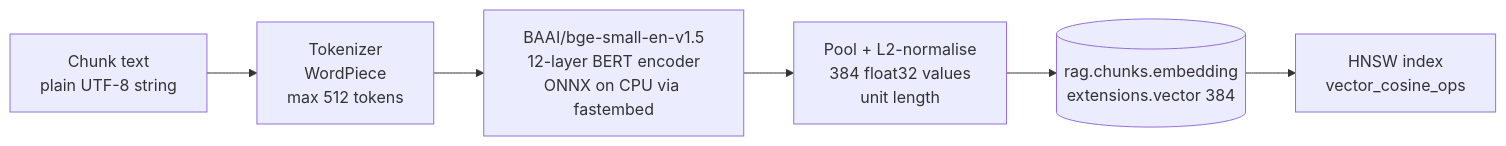
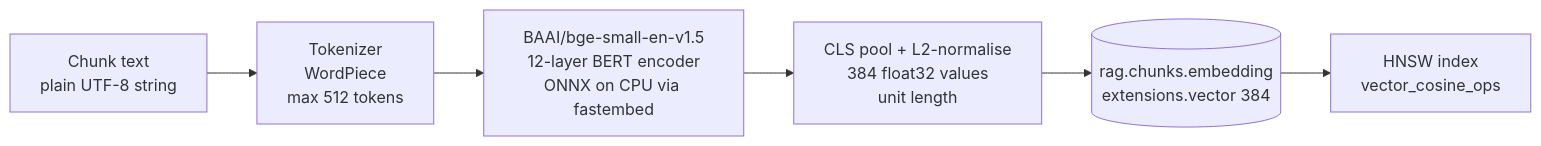
Before and after one commit to emstacho-su/agentic-harness: the first of 3 diagrams in docs/embeddings.md, drawn with Mermaid. The commit also changed other lines of this file and 8 other files, not shown here.

````diff
--- a/docs/embeddings.md
+++ b/docs/embeddings.md
@@ -15,8 +16,8 @@
 ```mermaid
 flowchart LR
     A["Chunk text<br/>plain UTF-8 string"] --> B["Tokenizer<br/>WordPiece<br/>max 512 tokens"]
     B --> C["BAAI/bge-small-en-v1.5<br/>12-layer BERT encoder<br/>ONNX on CPU via fastembed"]
-    C --> D["Pool + L2-normalise<br/>384 float32 values<br/>unit length"]
+    C --> D["CLS pool + L2-normalise<br/>384 float32 values<br/>unit length"]
     D --> E[("rag.chunks.embedding<br/>extensions.vector 384")]
     E --> F["HNSW index<br/>vector_cosine_ops"]
 ```
````
